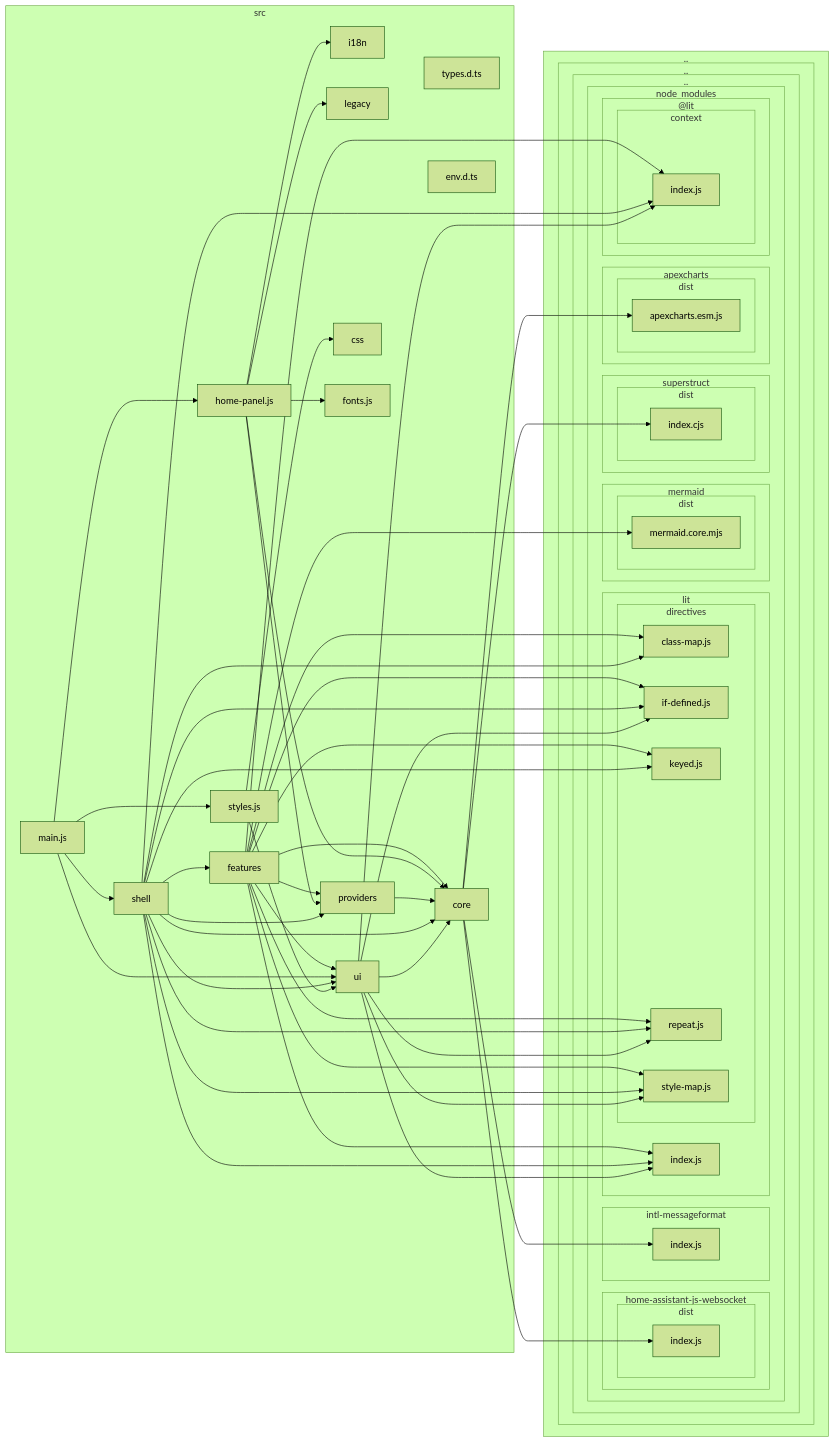
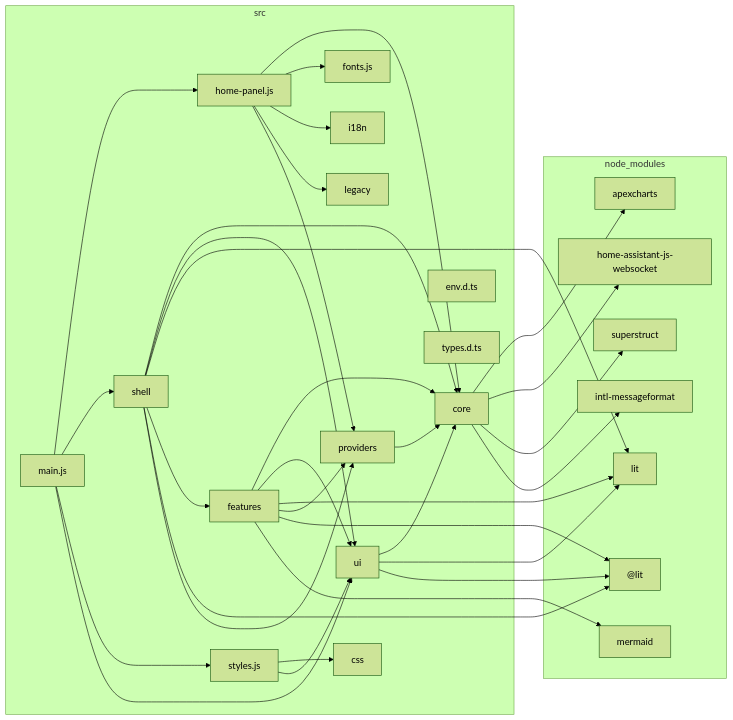
One commit to pldelisle/ha-home-panel changed the diagram in docs/architecture/dependency-graph.md. Above: the diagram before and after it, drawn with Mermaid (forest theme).

Commit message:
Dependency graph regenerated after the Air, Media and time-format tickets

````diff
--- a/docs/architecture/dependency-graph.md
+++ b/docs/architecture/dependency-graph.md
@@ -5,110 +5,60 @@
 ```mermaid
 flowchart LR
 
-subgraph 0[".."]
-subgraph 1[".."]
-subgraph 2[".."]
-subgraph 3["node_modules"]
-subgraph 4["@lit"]
-subgraph 5["context"]
-6["index.js"]
+subgraph 0["node_modules"]
+1["@lit"]
+2["apexcharts"]
+3["home-assistant-js-websocket"]
+4["intl-messageformat"]
+5["lit"]
+6["mermaid"]
+7["superstruct"]
 end
+subgraph 8["src"]
+9["core"]
+A["css"]
+B["env.d.ts"]
+C["features"]
+D["fonts.js"]
+E["home-panel.js"]
+F["i18n"]
+G["legacy"]
+H["main.js"]
+I["providers"]
+J["shell"]
+K["styles.js"]
+L["types.d.ts"]
+M["ui"]
 end
-subgraph 7["apexcharts"]
-subgraph 8["dist"]
-9["apexcharts.esm.js"]
-end
-end
-subgraph A["home-assistant-js-websocket"]
-subgraph B["dist"]
-C["index.js"]
-end
-end
-subgraph D["intl-messageformat"]
-E["index.js"]
-end
-subgraph F["lit"]
-subgraph G["directives"]
-H["class-map.js"]
-I["if-defined.js"]
-J["keyed.js"]
-K["repeat.js"]
-L["style-map.js"]
-end
-M["index.js"]
-end
-subgraph N["mermaid"]
-subgraph O["dist"]
-P["mermaid.core.mjs"]
-end
-end
-subgraph Q["superstruct"]
-subgraph R["dist"]
-S["index.cjs"]
-end
-end
-end
-end
-end
-end
-subgraph T["src"]
-U["core"]
-V["css"]
-W["env.d.ts"]
-X["features"]
-Y["fonts.js"]
-Z["home-panel.js"]
-10["i18n"]
-11["legacy"]
-12["main.js"]
-13["providers"]
-14["shell"]
-15["styles.js"]
-16["types.d.ts"]
-17["ui"]
-end
-U-->9
-U-->C
-U-->S
-U-->E
-X-->17
-X-->M
-X-->H
-X-->I
-X-->K
-X-->U
-X-->13
-X-->6
-X-->P
-X-->J
-X-->L
-Z-->U
-Z-->Y
-Z-->10
-Z-->11
-Z-->13
-12-->Z
-12-->14
-12-->15
-12-->17
-13-->U
-14-->U
-14-->17
-14-->M
-14-->X
-14-->6
-14-->H
-14-->I
-14-->J
-14-->K
-14-->L
-14-->13
-15-->V
-15-->17
-17-->6
-17-->M
-17-->U
-17-->K
-17-->L
-17-->I
+9-->2
+9-->3
+9-->7
+9-->4
+C-->9
+C-->M
+C-->5
+C-->I
+C-->1
+C-->6
+E-->9
+E-->D
+E-->F
+E-->G
+E-->I
+H-->E
+H-->J
+H-->K
+H-->M
+I-->9
+J-->9
+J-->M
+J-->5
+J-->C
+J-->1
+J-->I
+K-->A
+K-->M
+M-->9
+M-->5
+M-->1
 ```
````
